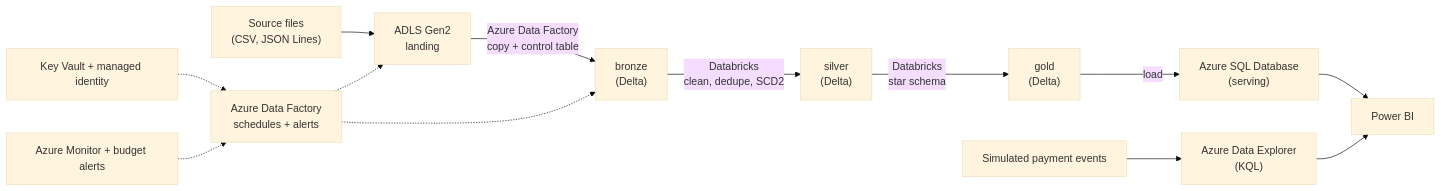
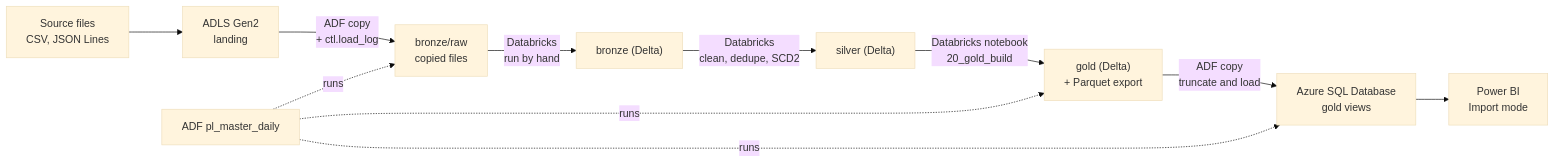
One commit to SnehaMahapadi/azure-uae-banking-data-platform changed the diagram in README.md. Above: the diagram before and after it, drawn with Mermaid (base theme). The commit also changed other lines of this file, not shown here.

````diff
--- a/README.md
+++ b/README.md
@@ -19,15 +20,13 @@
 ```mermaid
 flowchart LR
-    SRC["Source files<br/>(CSV, JSON Lines)"] --> LAND["ADLS Gen2<br/>landing"]
-    LAND -->|"Azure Data Factory<br/>copy + control table"| BRZ["bronze<br/>(Delta)"]
-    BRZ -->|"Databricks<br/>clean, dedupe, SCD2"| SLV["silver<br/>(Delta)"]
-    SLV -->|"Databricks<br/>star schema"| GLD["gold<br/>(Delta)"]
-    GLD -->|"load"| SQL["Azure SQL Database<br/>(serving)"]
-    SQL --> PBI["Power BI"]
-    EVT["Simulated payment events"] --> ADX["Azure Data Explorer<br/>(KQL)"]
-    ADX --> PBI
-    ADF["Azure Data Factory<br/>schedules + alerts"] -.-> LAND
-    ADF -.-> BRZ
-    KV["Key Vault + managed identity"] -.-> ADF
-    MON["Azure Monitor + budget alerts"] -.-> ADF
+    SRC["Source files<br/>CSV, JSON Lines"] --> LAND["ADLS Gen2<br/>landing"]
+    LAND -->|"ADF copy<br/>+ ctl.load_log"| RAW["bronze/raw<br/>copied files"]
+    RAW -->|"Databricks<br/>run by hand"| BRZ["bronze (Delta)"]
+    BRZ -->|"Databricks<br/>clean, dedupe, SCD2"| SLV["silver (Delta)"]
+    SLV -->|"Databricks notebook<br/>20_gold_build"| GLD["gold (Delta)<br/>+ Parquet export"]
+    GLD -->|"ADF copy<br/>truncate and load"| SQL["Azure SQL Database<br/>gold views"]
+    SQL --> PBI["Power BI<br/>Import mode"]
+    MASTER["ADF pl_master_daily"] -.->|"runs"| RAW
+    MASTER -.->|"runs"| GLD
+    MASTER -.->|"runs"| SQL
 ```
````
